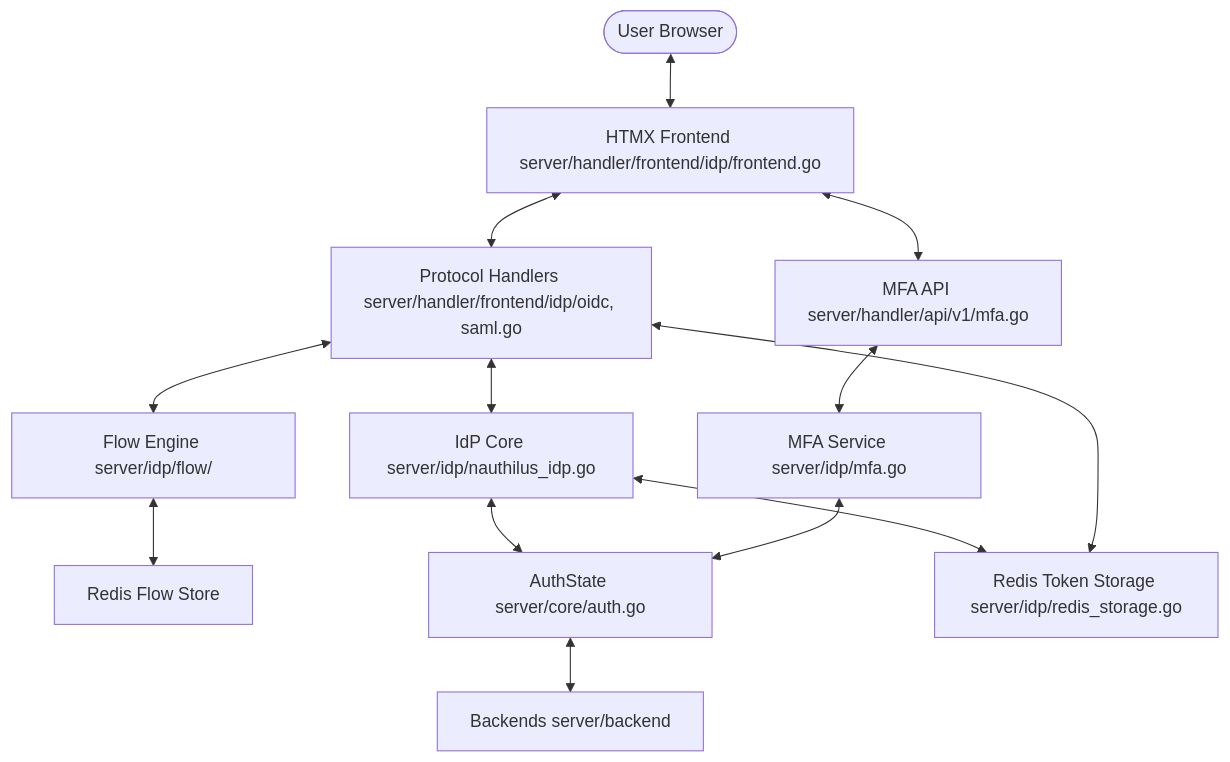
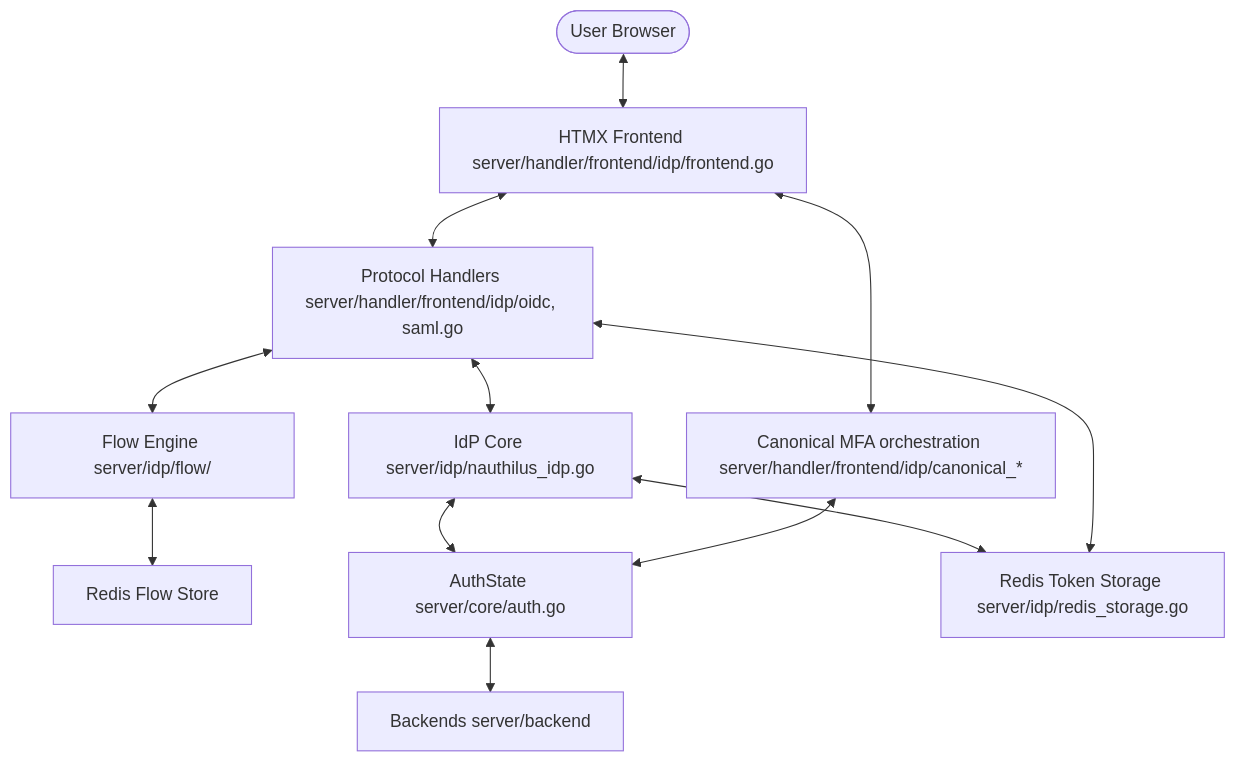
The first of 9 diagrams in server/docs/idp.md (croessner/nauthilus), drawn with Mermaid before and after one commit. The commit also changed other lines of this file and 143 other files, not shown here.

First line of the commit message:
Refactor: Complete canonical IDP browser session cutover

````diff
--- a/server/docs/idp.md
+++ b/server/docs/idp.md
@@ -61,15 +61,14 @@
 ```mermaid
 graph TD
     User([User Browser]) <--> FE[HTMX Frontend server/handler/frontend/idp/frontend.go]
     FE <--> PH[Protocol Handlers server/handler/frontend/idp/oidc, saml.go]
     PH <--> FC[Flow Engine server/idp/flow/]
     FC <--> RFS[Redis Flow Store]
     PH <--> IC[IdP Core server/idp/nauthilus_idp.go]
     IC <--> AS[AuthState server/core/auth.go]
     AS <--> BE[Backends server/backend]
     IC <--> RTS[Redis Token Storage server/idp/redis_storage.go]
     PH <--> RTS
-    FE <--> MFA[MFA API server/handler/api/v1/mfa.go]
-    MFA <--> MS[MFA Service server/idp/mfa.go]
+    FE <--> MS[Canonical MFA orchestration server/handler/frontend/idp/canonical_*]
     MS <--> AS
 ```
````
